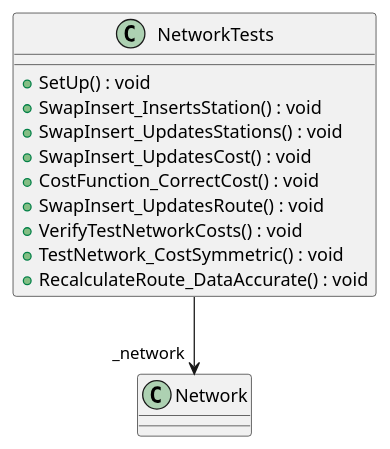
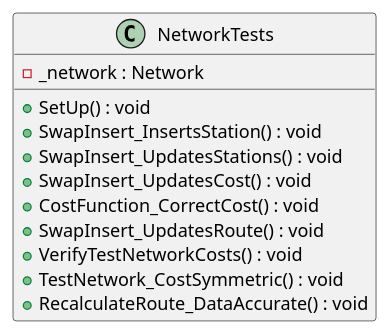
The diagram in TubeChallengeRouter/puml/TransportNetworkTests/NetworkTests.puml (Liftyee/london-tube-navigator), drawn with PlantUML before and after one commit. The commit also changed 26 other files, not shown here.

```diff
--- a/TubeChallengeRouter/puml/TransportNetworkTests/NetworkTests.puml
+++ b/TubeChallengeRouter/puml/TransportNetworkTests/NetworkTests.puml
@@ -1,14 +1,14 @@
 @startuml
 class NetworkTests {
+    - _network : Network
     + SetUp() : void
     + SwapInsert_InsertsStation() : void
     + SwapInsert_UpdatesStations() : void
     + SwapInsert_UpdatesCost() : void
     + CostFunction_CorrectCost() : void
     + SwapInsert_UpdatesRoute() : void
     + VerifyTestNetworkCosts() : void
     + TestNetwork_CostSymmetric() : void
     + RecalculateRoute_DataAccurate() : void
 }
-NetworkTests --> "_network" Network
 @enduml
```
